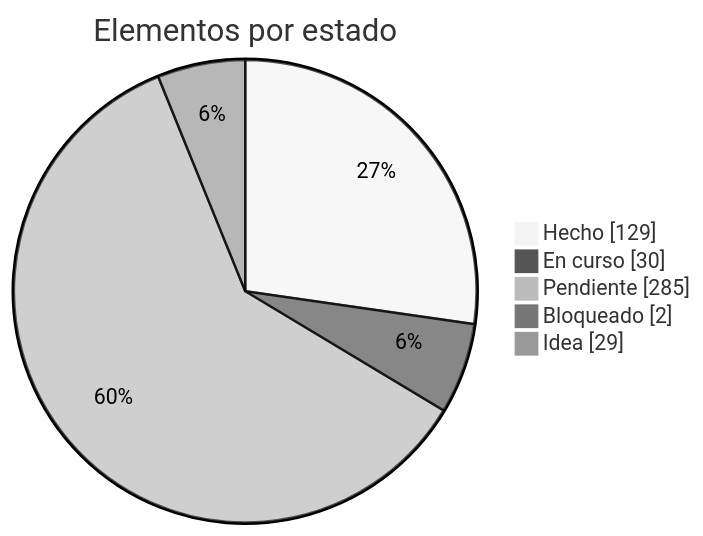
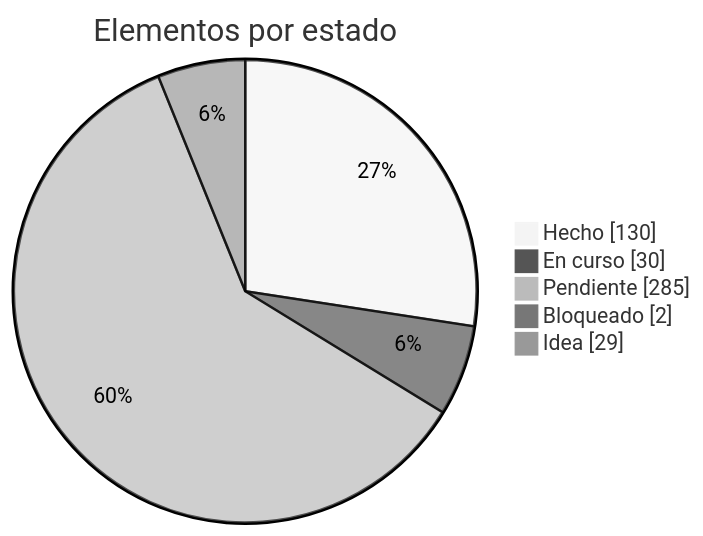
One commit to dariogea/BM27 changed the first of 2 diagrams in docs/roadmap.md. Above: the diagram before and after it, drawn with Mermaid (neutral theme). The commit also changed other lines of this file and 22 other files, not shown here.

````diff
--- a/docs/roadmap.md
+++ b/docs/roadmap.md
@@ -13,8 +13,8 @@
 ```mermaid
 pie showData title Elementos por estado
-  "Hecho" : 129
+  "Hecho" : 130
   "En curso" : 30
   "Pendiente" : 285
   "Bloqueado" : 2
   "Idea" : 29
 ```
````
